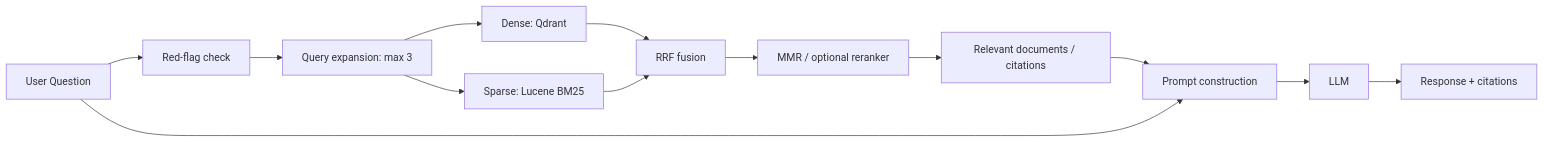
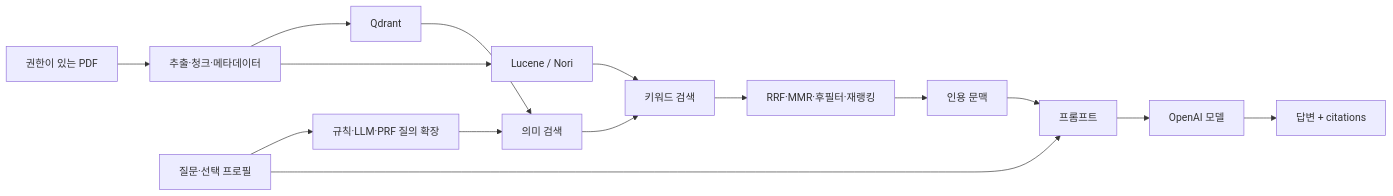
The diagram in README.md (YIM551/rag-sleep-assistant), drawn with Mermaid before and after one commit. The commit also changed other lines of this file and 471 other files, not shown here.

````diff
--- a/README.md
+++ b/README.md
@@ -26,15 +34,17 @@
 ```mermaid
 flowchart LR
-  Q[User Question] --> G[Red-flag check]
-  G --> E[Query expansion: max 3]
-  E --> D[Dense: Qdrant]
-  E --> S[Sparse: Lucene BM25]
-  D --> F[RRF fusion]
-  S --> F
-  F --> M[MMR / optional reranker]
-  M --> C[Relevant documents / citations]
-  C --> P[Prompt construction]
+  PDF[권한이 있는 PDF] --> X[추출·청크·메타데이터]
+  X --> QD[Qdrant]
+  X --> LU[Lucene / Nori]
+  Q[질문·선택 프로필] --> E[규칙·LLM·PRF 질의 확장]
+  E --> D[의미 검색]
+  D --> S[키워드 검색]
+  QD --> D
+  LU --> S
+  S --> F[RRF·MMR·후필터·재랭킹]
+  F --> C[인용 문맥]
+  C --> P[프롬프트]
   Q --> P
-  P --> L[LLM]
-  L --> R[Response + citations]
+  P --> L[OpenAI 모델]
+  L --> A[답변 + citations]
 ```
````
